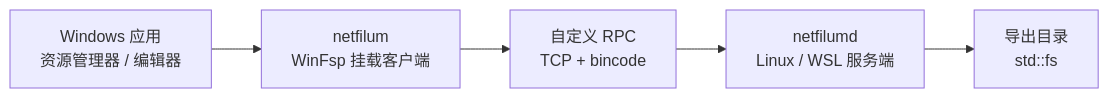
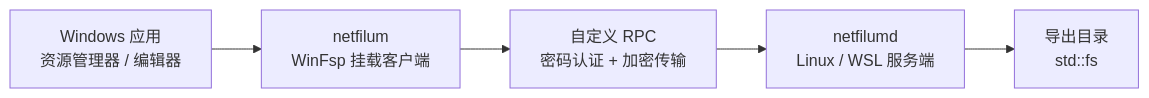
Before and after one commit to zetaloop/netfilum: the diagram in README.md, drawn with Mermaid. The commit also changed other lines of this file, not shown here.

````diff
--- a/README.md
+++ b/README.md
@@ -14,7 +14,7 @@
 ```mermaid
 flowchart LR
     A["Windows 应用<br/>资源管理器 / 编辑器"] --> B["netfilum<br/>WinFsp 挂载客户端"]
-    B --> C["自定义 RPC<br/>TCP + bincode"]
+    B --> C["自定义 RPC<br/>密码认证 + 加密传输"]
     C --> D["netfilumd<br/>Linux / WSL 服务端"]
     D --> E["导出目录<br/>std::fs"]
 ```
````
